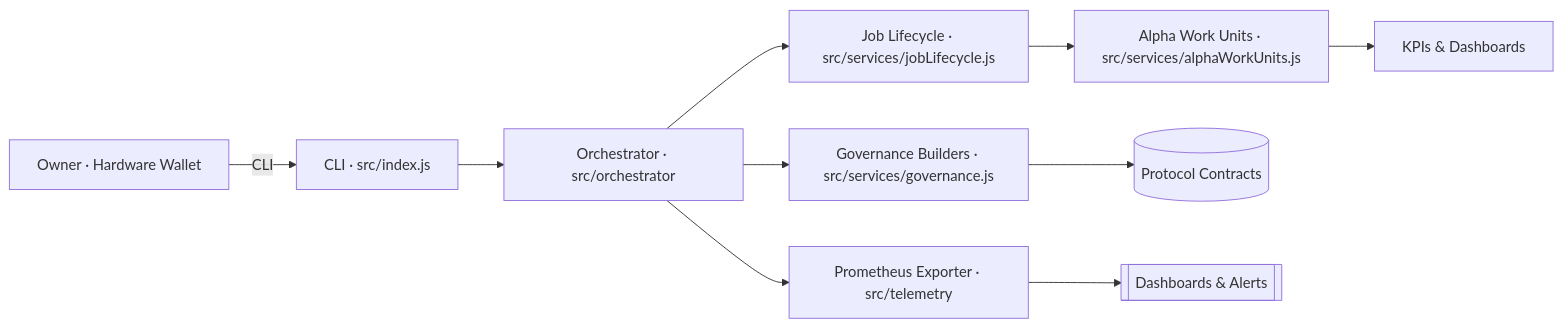
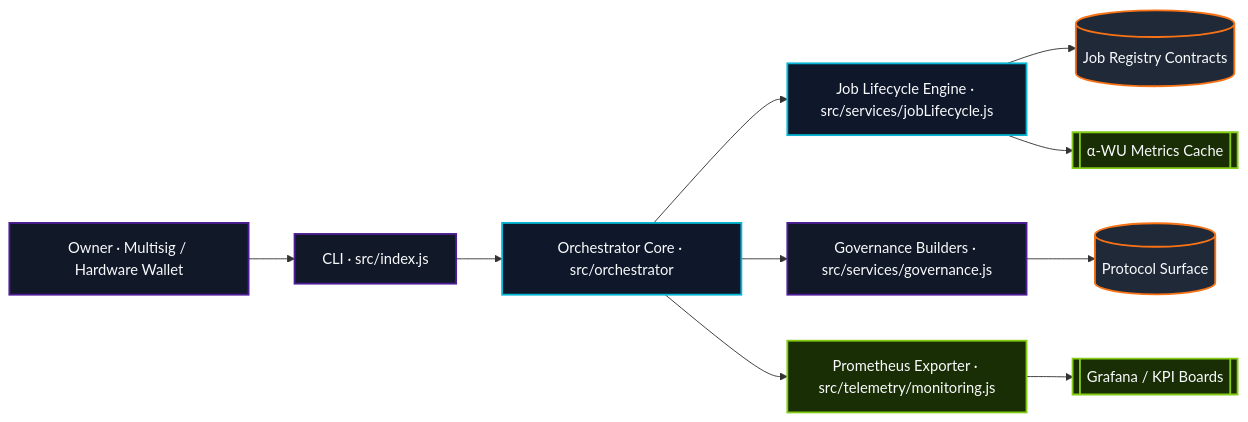
The first of 3 diagrams in README.md (MontrealAI/AGI-Alpha-Node-v0), drawn with Mermaid before and after one commit. The commit also changed other lines of this file and 2 other files, not shown here.

Commit message:
Add alpha KPI reporting command and telemetry tests

````diff
--- a/README.md
+++ b/README.md
@@ -66,12 +67,17 @@
 ```mermaid
 flowchart LR
-  Owner[Owner · Hardware Wallet] -->|CLI| CLI[CLI · src/index.js]
-  CLI --> Orchestrator[Orchestrator · src/orchestrator]
-  Orchestrator --> Lifecycle[Job Lifecycle · src/services/jobLifecycle.js]
-  Orchestrator --> Governance[Governance Builders · src/services/governance.js]
-  Orchestrator --> Telemetry[Prometheus Exporter · src/telemetry]
-  Lifecycle --> AlphaWU[Alpha Work Units · src/services/alphaWorkUnits.js]
-  Governance --> Chain[(Protocol Contracts)]
-  AlphaWU --> Metrics[KPIs & Dashboards]
-  Telemetry --> Observability[[Dashboards & Alerts]]
+  classDef control fill:#111827,stroke:#4c1d95,stroke-width:2px,color:#f8fafc;
+  classDef runtime fill:#0f172a,stroke:#06b6d4,stroke-width:2px,color:#f8fafc;
+  classDef chain fill:#1f2937,stroke:#f97316,stroke-width:2px,color:#f8fafc;
+  classDef insight fill:#1a2e05,stroke:#84cc16,stroke-width:2px,color:#f8fafc;
+
+  Owner["Owner · Multisig / Hardware Wallet"]:::control --> CLI["CLI · src/index.js"]:::control
+  CLI --> Orchestrator["Orchestrator Core · src/orchestrator"]:::runtime
+  Orchestrator --> Lifecycle["Job Lifecycle Engine · src/services/jobLifecycle.js"]:::runtime
+  Orchestrator --> Governance["Governance Builders · src/services/governance.js"]:::control
+  Orchestrator --> Telemetry["Prometheus Exporter · src/telemetry/monitoring.js"]:::insight
+  Lifecycle --> Registry[("Job Registry Contracts")]:::chain
+  Governance --> Chain[("Protocol Surface")]:::chain
+  Telemetry --> Dashboards[["Grafana / KPI Boards"]]:::insight
+  Lifecycle --> Metrics[["α‑WU Metrics Cache"]]:::insight
 ```
````
